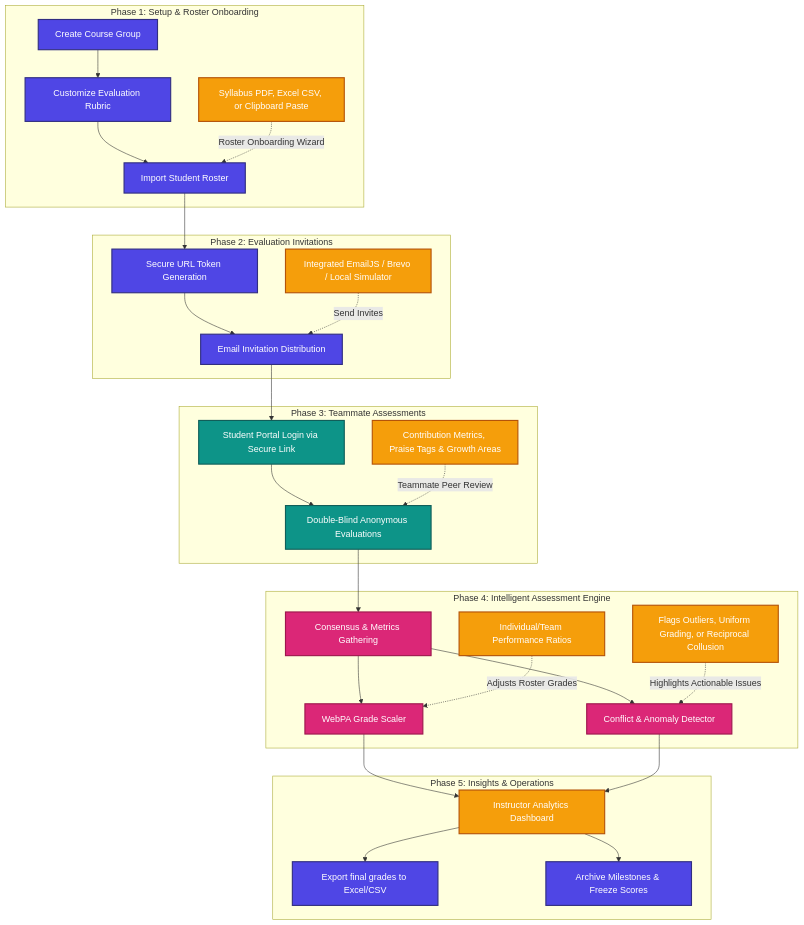
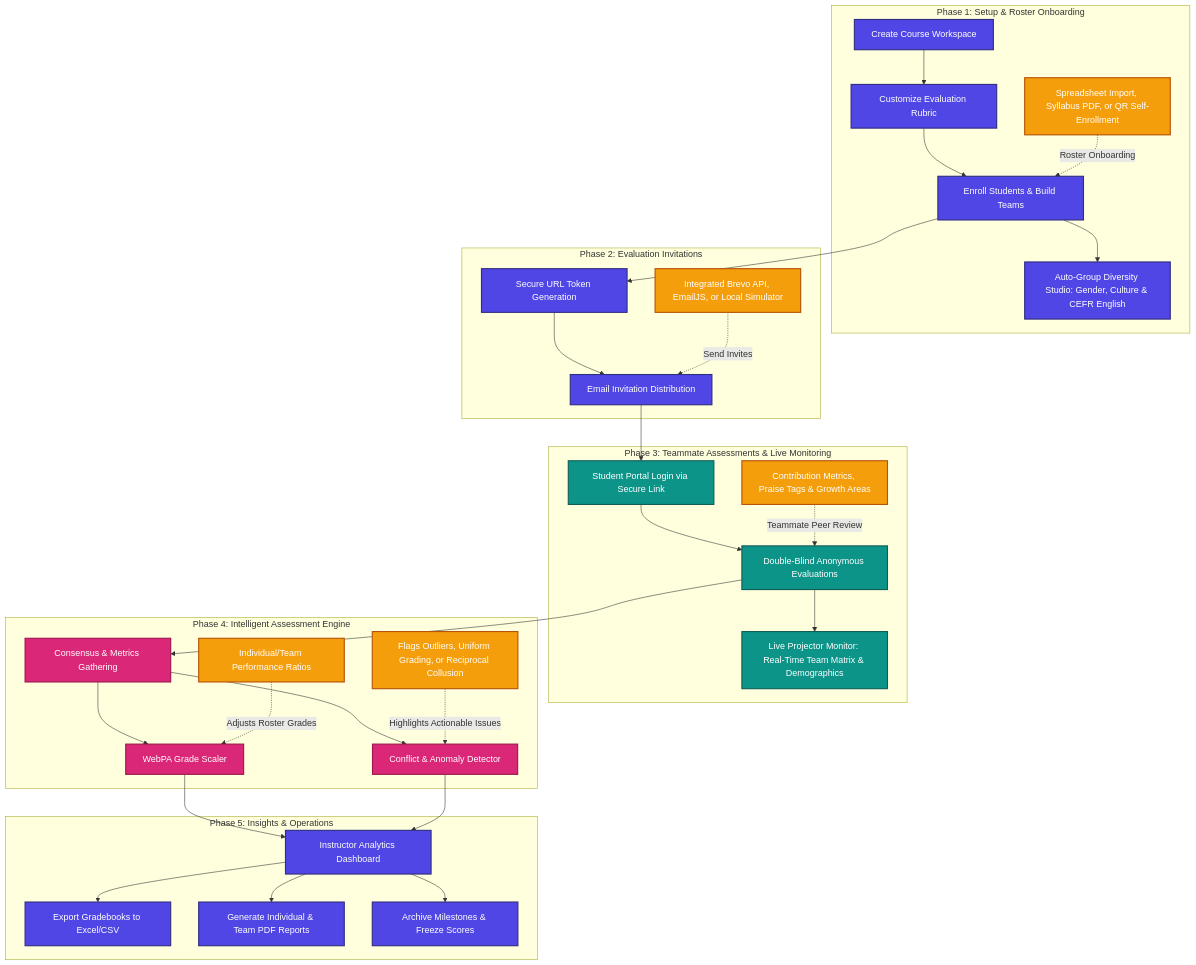
The diagram in README.md (Dhruu04/PeerLens), drawn with Mermaid before and after one commit. The commit also changed other lines of this file and 24 other files, not shown here.

Commit message:
feat(core): upgrade PeerLens to v2.4 with unified settings, projector live matrix & incoming queue, 3-section student enrollment parity, Brevo API integration, and enhanced Netlify configuration

````diff
--- a/README.md
+++ b/README.md
@@ -17,46 +17,49 @@
 ```mermaid
 graph TD
     %% Styling definitions
     classDef instructor fill:#4f46e5,stroke:#312e81,stroke-width:2px,color:#fff;
     classDef student fill:#0d9488,stroke:#115e59,stroke-width:2px,color:#fff;
     classDef engine fill:#db2777,stroke:#9d174d,stroke-width:2px,color:#fff;
     classDef file fill:#f59e0b,stroke:#b45309,stroke-width:2px,color:#fff;
 
     subgraph "Phase 1: Setup & Roster Onboarding"
-        A[Create Course Group] --> B[Customize Evaluation Rubric]
-        B --> C[Import Student Roster]
-        C1["Syllabus PDF, Excel CSV, or Clipboard Paste"] -.->|Roster Onboarding Wizard| C
+        A[Create Course Workspace] --> B[Customize Evaluation Rubric]
+        B --> C[Enroll Students & Build Teams]
+        C1["Spreadsheet Import, Syllabus PDF, or QR Self-Enrollment"] -.->|Roster Onboarding| C
+        C --> C2["Auto-Group Diversity Studio: Gender, Culture & CEFR English"]
     end
     
     subgraph "Phase 2: Evaluation Invitations"
         C --> D[Secure URL Token Generation]
         D --> E[Email Invitation Distribution]
-        E1["Integrated EmailJS / Brevo / Local Simulator"] -.->|Send Invites| E
+        E1["Integrated Brevo API, EmailJS, or Local Simulator"] -.->|Send Invites| E
     end
     
-    subgraph "Phase 3: Teammate Assessments"
+    subgraph "Phase 3: Teammate Assessments & Live Monitoring"
         E --> F[Student Portal Login via Secure Link]
         F --> G[Double-Blind Anonymous Evaluations]
         G1["Contribution Metrics, Praise Tags & Growth Areas"] -.->|Teammate Peer Review| G
+        G --> G2["Live Projector Monitor: Real-Time Team Matrix & Demographics"]
     end
 
     subgraph "Phase 4: Intelligent Assessment Engine"
         G --> H[Consensus & Metrics Gathering]
         H --> I[WebPA Grade Scaler]
         H --> J[Conflict & Anomaly Detector]
         I1["Individual/Team Performance Ratios"] -.->|Adjusts Roster Grades| I
         J1["Flags Outliers, Uniform Grading, or Reciprocal Collusion"] -.->|Highlights Actionable Issues| J
     end
 
     subgraph "Phase 5: Insights & Operations"
         I --> K[Instructor Analytics Dashboard]
         J --> K
-        K --> L[Export final grades to Excel/CSV]
-        K --> M[Archive Milestones & Freeze Scores]
+        K --> L[Export Gradebooks to Excel/CSV]
+        K --> M[Generate Individual & Team PDF Reports]
+        K --> N[Archive Milestones & Freeze Scores]
     end
 
-    class A,B,C,D,E,K,L,M instructor;
-    class F,G student;
+    class A,B,C,C2,D,E,K,L,M,N instructor;
+    class F,G,G2 student;
     class H,I,J engine;
-    class C1,E1,G1,I1,J1,K file;
+    class C1,E1,G1,I1,J1 file;
 ```
````
